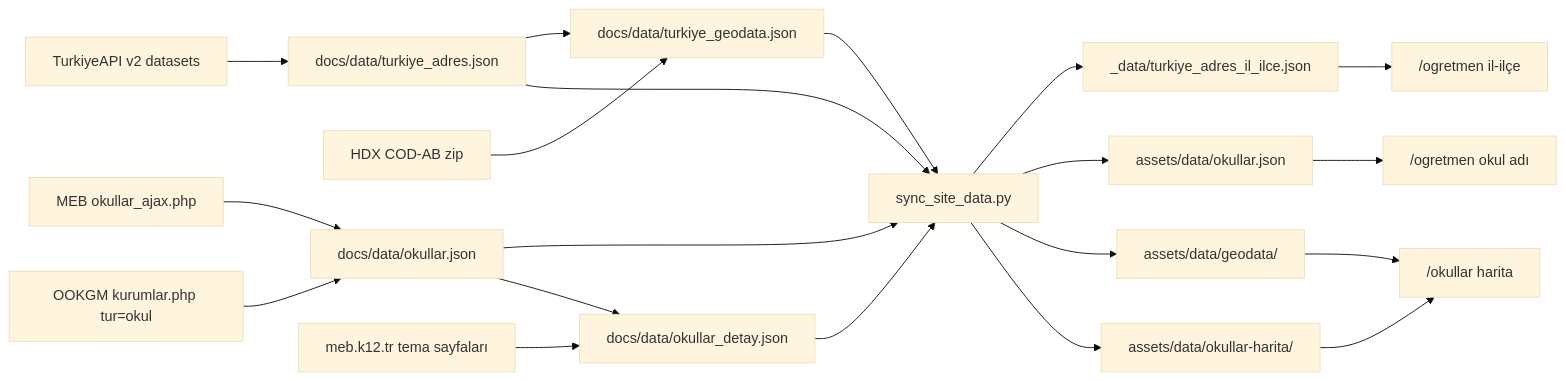
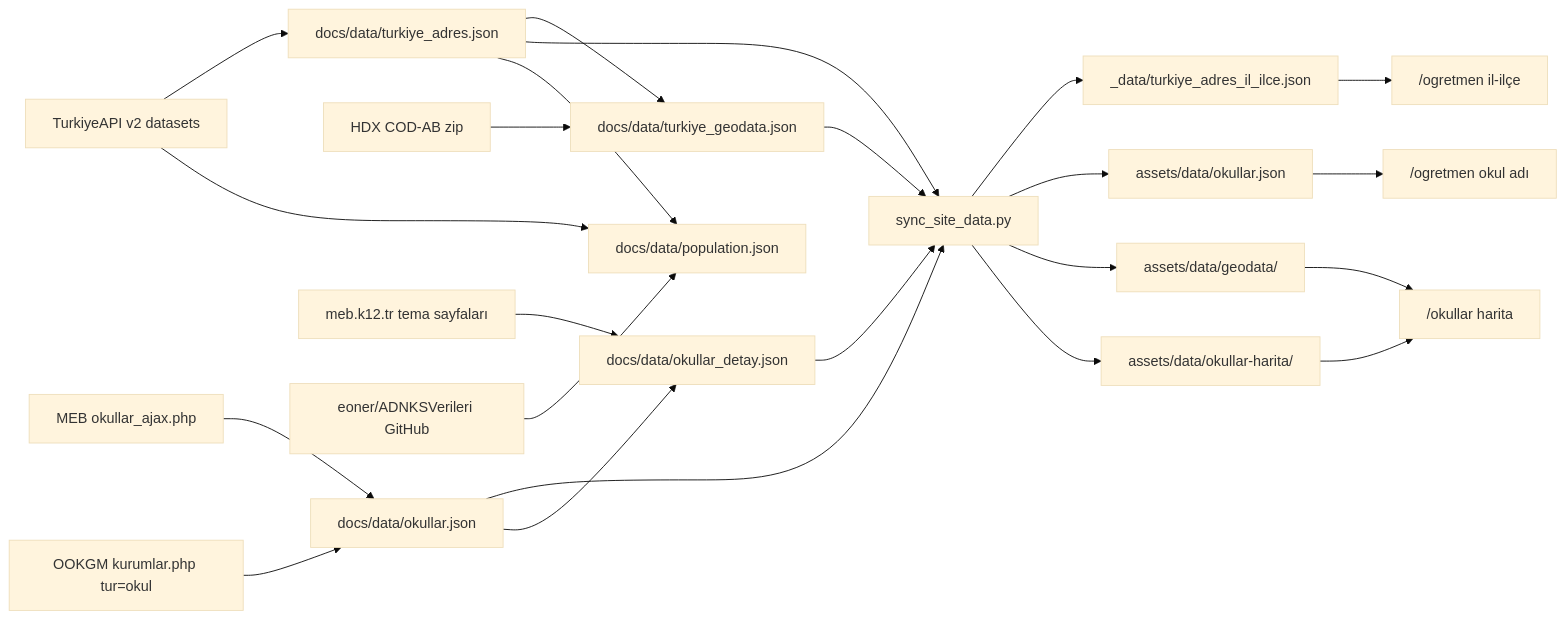
The first of 2 diagrams in getdata.md (edamla/damlaegitim), drawn with Mermaid (base theme) before and after one commit. The commit also changed other lines of this file and 387 other files, not shown here.

````diff
--- a/getdata.md
+++ b/getdata.md
@@ -19,22 +19,25 @@
 ```mermaid
 flowchart LR
   api["TurkiyeAPI v2 datasets"] --> adres["docs/data/turkiye_adres.json"]
   hdx["HDX COD-AB zip"] --> geodata["docs/data/turkiye_geodata.json"]
   adres --> geodata
   meb["MEB okullar_ajax.php"] --> okullar["docs/data/okullar.json"]
   ookgm["OOKGM kurumlar.php tur=okul"] --> okullar
   adres --> sync["sync_site_data.py"]
   okullar --> sync
   sync --> slim["_data/turkiye_adres_il_ilce.json"]
   sync --> assets["assets/data/okullar.json"]
   sync --> geoOut["assets/data/geodata/"]
   sync --> haritaOut["assets/data/okullar-harita/"]
   okullar --> detay["docs/data/okullar_detay.json"]
   mebSiteler["meb.k12.tr tema sayfaları"] --> detay
   geodata --> sync
   detay --> sync
+  api --> pop["docs/data/population.json"]
+  eoner["eoner/ADNKSVerileri GitHub"] --> pop
+  adres --> pop
   slim --> wizardIl["/ogretmen il-ilçe"]
   assets --> wizardOkul["/ogretmen okul adı"]
   geoOut --> okullarPage["/okullar harita"]
   haritaOut --> okullarPage
 ```
````
